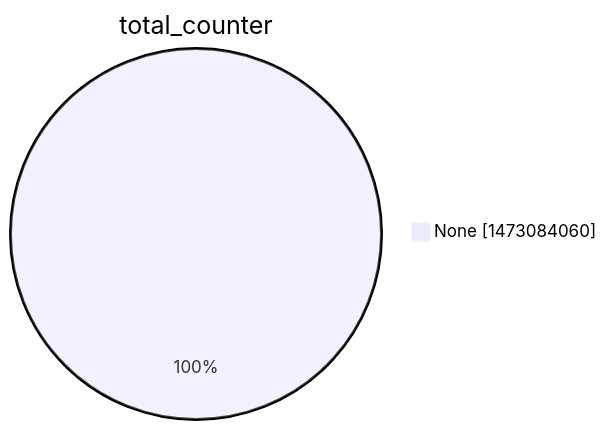
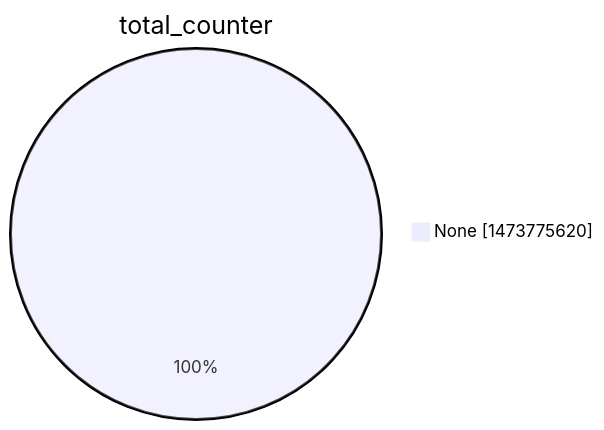
Before and after one commit to christiankrug/ctmonitor_visualization: the second of 15 diagrams in argon2022/README.md, drawn with Mermaid. The commit also changed other lines of this file, not shown here.

````diff
--- a/argon2022/README.md
+++ b/argon2022/README.md
@@ -9,5 +9,5 @@
 ```mermaid
 pie showData
 title total_counter
-"None" :1473084060
+"None" :1473775620
 ```
````
